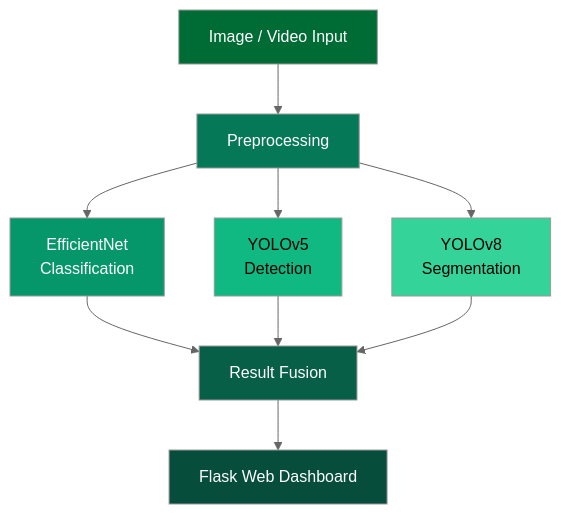
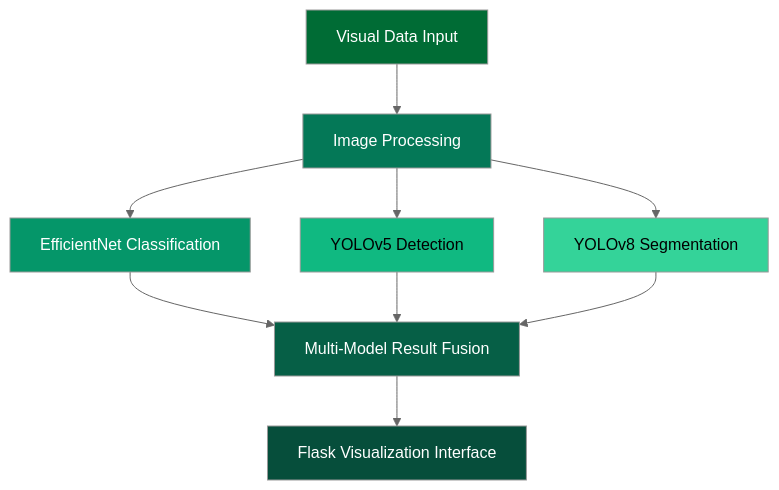
One commit to WASAN-ALMUTAAN1/Emergency-Smart-Flood-Alerting-System changed the second of 4 diagrams in README.md. Above: the diagram before and after it, drawn with Mermaid (neutral theme). The commit also changed other lines of this file, not shown here.

````diff
--- a/README.md
+++ b/README.md
@@ -70,34 +73,37 @@
 ```mermaid
 graph TD
 
-Input[Image / Video Input]
+Input[Visual Data Input]
 
-Pre[Preprocessing]
+Preprocessing[Image Processing]
 
-C1[EfficientNet<br>Classification]
-C2[YOLOv5<br>Detection]
-C3[YOLOv8<br>Segmentation]
+Classifier[EfficientNet Classification]
 
-Fusion[Result Fusion]
+Detector[YOLOv5 Detection]
 
-UI[Flask Web Dashboard]
+Segmenter[YOLOv8 Segmentation]
 
-Input --> Pre
-Pre --> C1
-Pre --> C2
-Pre --> C3
+Fusion[Multi-Model Result Fusion]
 
-C1 --> Fusion
-C2 --> Fusion
-C3 --> Fusion
+Dashboard[Flask Visualization Interface]
 
-Fusion --> UI
+Input --> Preprocessing
+
+Preprocessing --> Classifier
+Preprocessing --> Detector
+Preprocessing --> Segmenter
+
+Classifier --> Fusion
+Detector --> Fusion
+Segmenter --> Fusion
+
+Fusion --> Dashboard
 
 style Input fill:#006C35,color:white
-style Pre fill:#047857,color:white
-style C1 fill:#059669,color:white
-style C2 fill:#10b981,color:black
-style C3 fill:#34d399,color:black
+style Preprocessing fill:#047857,color:white
+style Classifier fill:#059669,color:white
+style Detector fill:#10b981,color:black
+style Segmenter fill:#34d399,color:black
 style Fusion fill:#065f46,color:white
-style UI fill:#064e3b,color:white
+style Dashboard fill:#064e3b,color:white
 ```
````
